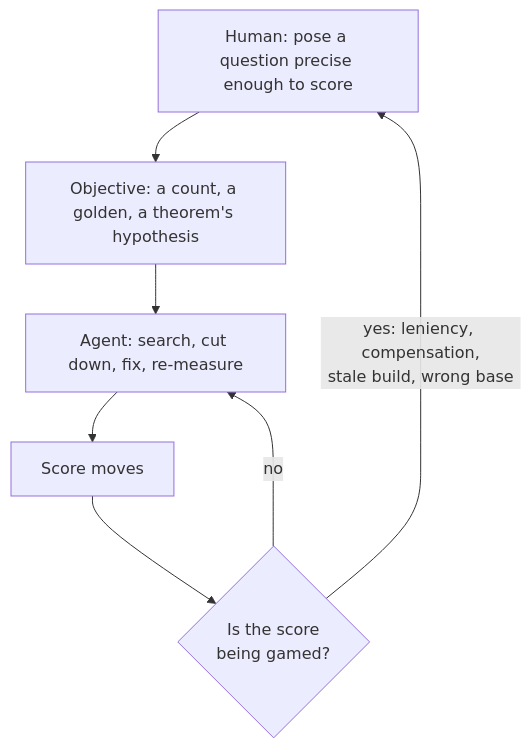
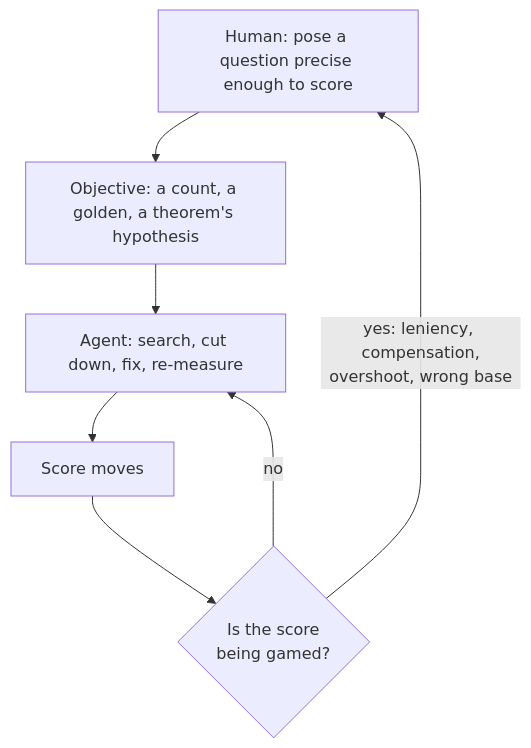
The fifth of 5 diagrams in intellij-cake/talk.md (retronym/talks), drawn with Mermaid before and after one commit. The commit also changed other lines of this file and 1 other file, not shown here.

````diff
--- a/intellij-cake/talk.md
+++ b/intellij-cake/talk.md
@@ -472,9 +472,9 @@
 ```mermaid
 flowchart TB
   H["Human: pose a question precise enough to score"] --> O["Objective: a count, a golden, a theorem's hypothesis"]
   O --> A["Agent: search, cut down, fix, re-measure"]
   A --> S["Score moves"]
   S --> G{"Is the score<br/>being gamed?"}
-  G -- "yes: leniency, compensation,<br/>stale build, wrong base" --> H
+  G -- "yes: leniency, compensation,<br/>overshoot, wrong base" --> H
   G -- "no" --> A
 ```
````
